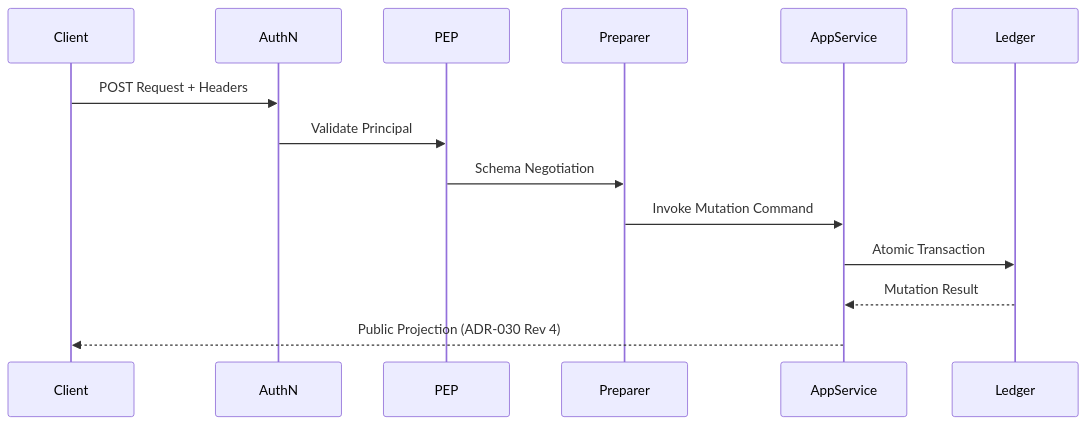
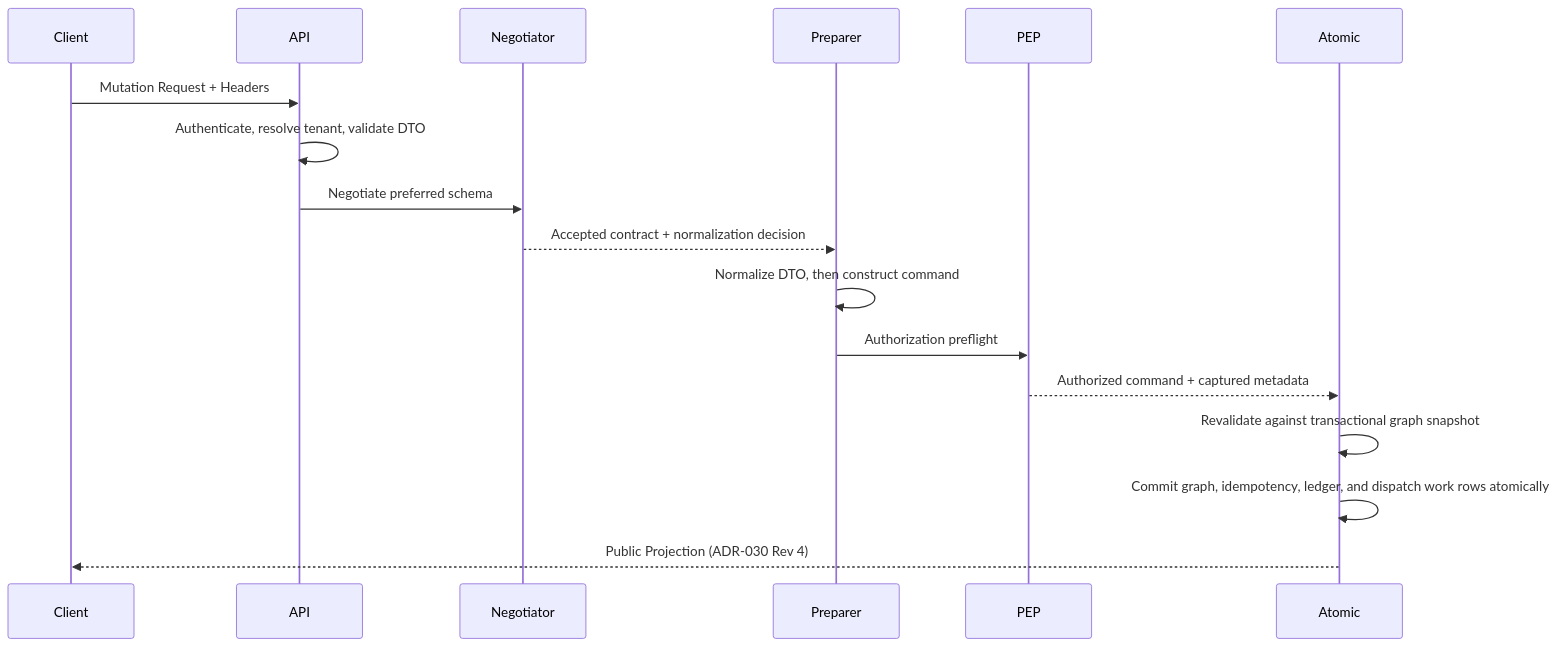
The second of 2 diagrams in docs/specifications/ADR-033/Phase4-Design-Package.md (alkhajeh89/emg-platform), drawn with Mermaid before and after one commit. The commit also changed other lines of this file, not shown here.

Commit message:
docs(adr-027): reconcile Phase 4A conformance package

````diff
--- a/docs/specifications/ADR-033/Phase4-Design-Package.md
+++ b/docs/specifications/ADR-033/Phase4-Design-Package.md
@@ -50,17 +67,20 @@
 ```mermaid
 sequenceDiagram
     participant Client
-    participant AuthN
+    participant API
+    participant Negotiator
+    participant Preparer
     participant PEP
-    participant Preparer
-    participant AppService
-    participant Ledger
+    participant Atomic
 
-    Client->>AuthN: POST Request + Headers
-    AuthN->>PEP: Validate Principal
-    PEP->>Preparer: Schema Negotiation
-    Preparer->>AppService: Invoke Mutation Command
-    AppService->>Ledger: Atomic Transaction
-    Ledger-->>AppService: Mutation Result
-    AppService-->>Client: Public Projection (ADR-030 Rev 4)
+    Client->>API: Mutation Request + Headers
+    API->>API: Authenticate, resolve tenant, validate DTO
+    API->>Negotiator: Negotiate preferred schema
+    Negotiator-->>Preparer: Accepted contract + normalization decision
+    Preparer->>Preparer: Normalize DTO, then construct command
+    Preparer->>PEP: Authorization preflight
+    PEP-->>Atomic: Authorized command + captured metadata
+    Atomic->>Atomic: Revalidate against transactional graph snapshot
+    Atomic->>Atomic: Commit graph, idempotency, ledger, and dispatch work rows atomically
+    Atomic-->>Client: Public Projection (ADR-030 Rev 4)
 ```
````
